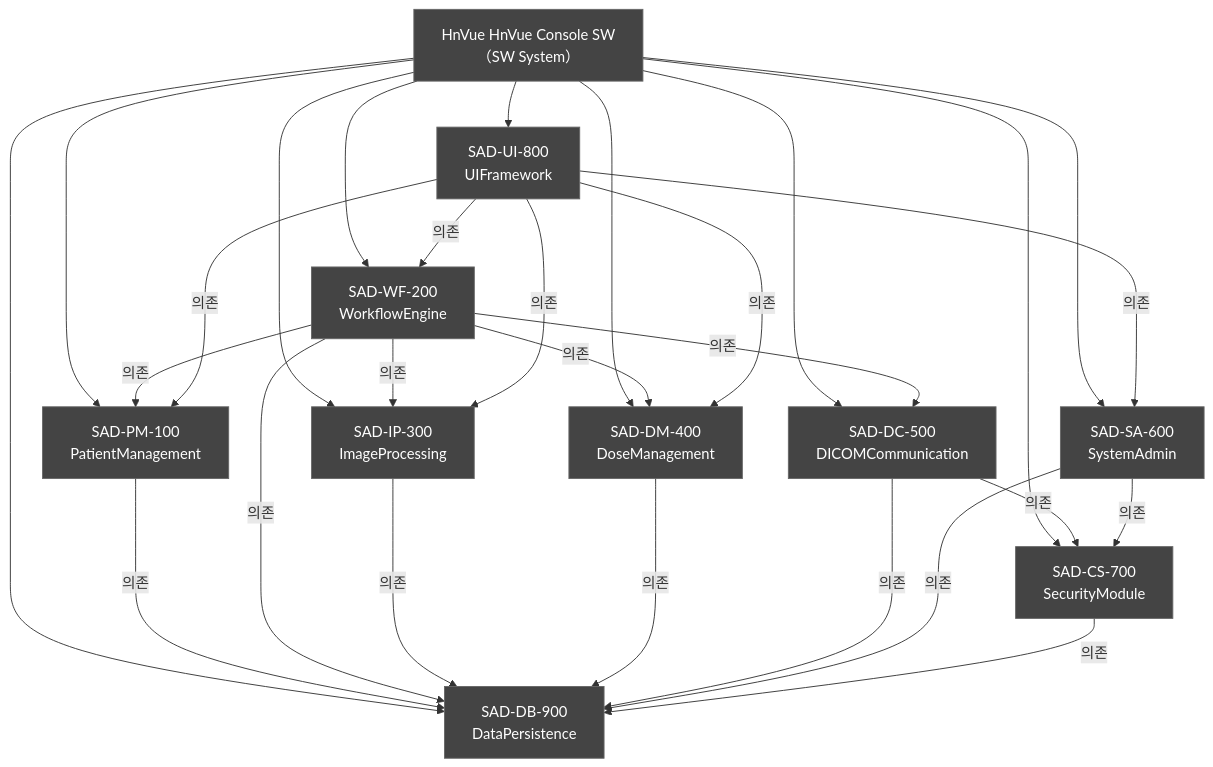
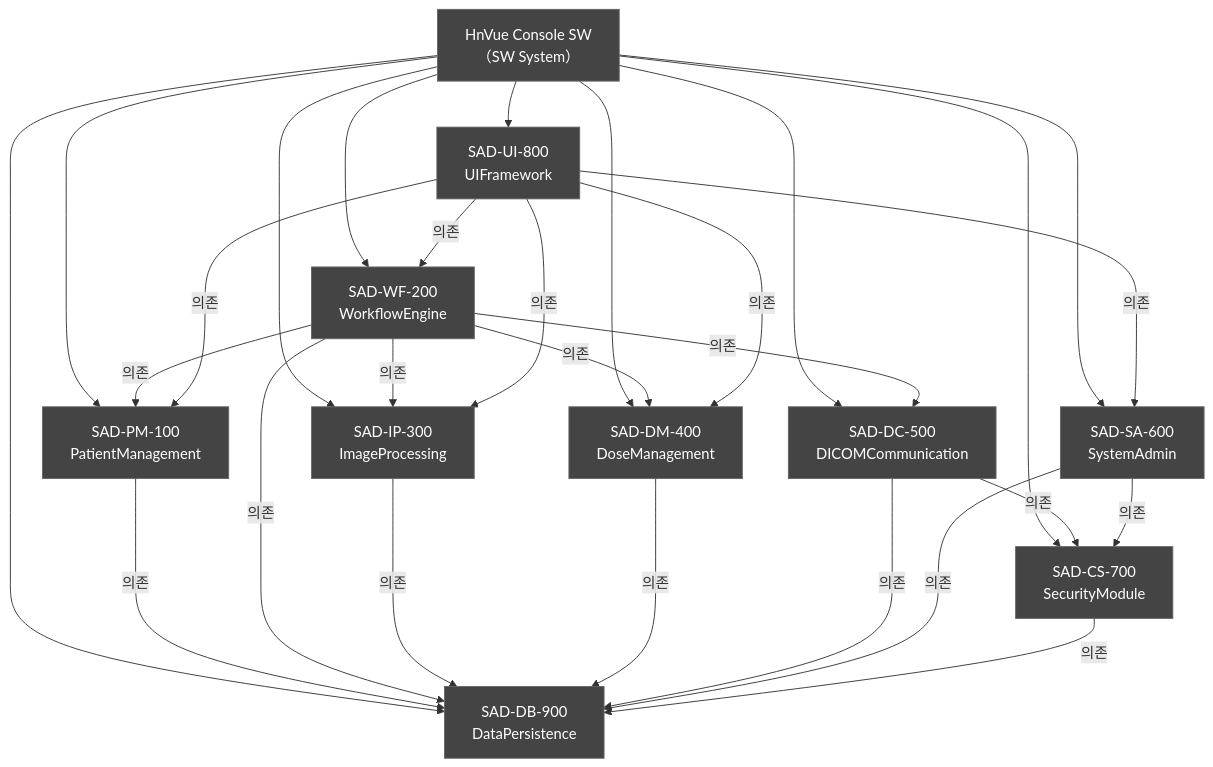
One commit to holee9/console-gui changed the sixth of 14 diagrams in docs/planning/DOC-006_SAD_v1.0.md. Above: the diagram before and after it, drawn with Mermaid. The commit also changed other lines of this file and 14 other files, not shown here.

````diff
--- a/docs/planning/DOC-006_SAD_v1.0.md
+++ b/docs/planning/DOC-006_SAD_v1.0.md
@@ -388,28 +388,28 @@
 ```mermaid
 graph TD
-    ROOT["HnVue HnVue Console SW<br/>（SW System）"]
+    ROOT["HnVue Console SW<br/>（SW System）"]
     ROOT --> PM["SAD-PM-100<br/>PatientManagement"]
     ROOT --> WF["SAD-WF-200<br/>WorkflowEngine"]
     ROOT --> IP["SAD-IP-300<br/>ImageProcessing"]
     ROOT --> DM["SAD-DM-400<br/>DoseManagement"]
     ROOT --> DC["SAD-DC-500<br/>DICOMCommunication"]
     ROOT --> SA["SAD-SA-600<br/>SystemAdmin"]
     ROOT --> CS["SAD-CS-700<br/>SecurityModule"]
     ROOT --> UI["SAD-UI-800<br/>UIFramework"]
     ROOT --> DB["SAD-DB-900<br/>DataPersistence"]
 
     PM -->|의존| DB
     WF -->|의존| PM & IP & DM & DC & DB
     IP -->|의존| DB
     DM -->|의존| DB
     DC -->|의존| DB & CS
     SA -->|의존| DB & CS
     CS -->|의존| DB
     UI -->|의존| PM & WF & IP & DM & SA
 
     classDef default fill:#444,stroke:#666,color:#fff
     classDef safety fill:#444,stroke:#666
     classDef normal fill:#444,stroke:#666
     class WF,DM,CS safety
     class PM,IP,DC,SA,UI,DB normal
 ```
````
